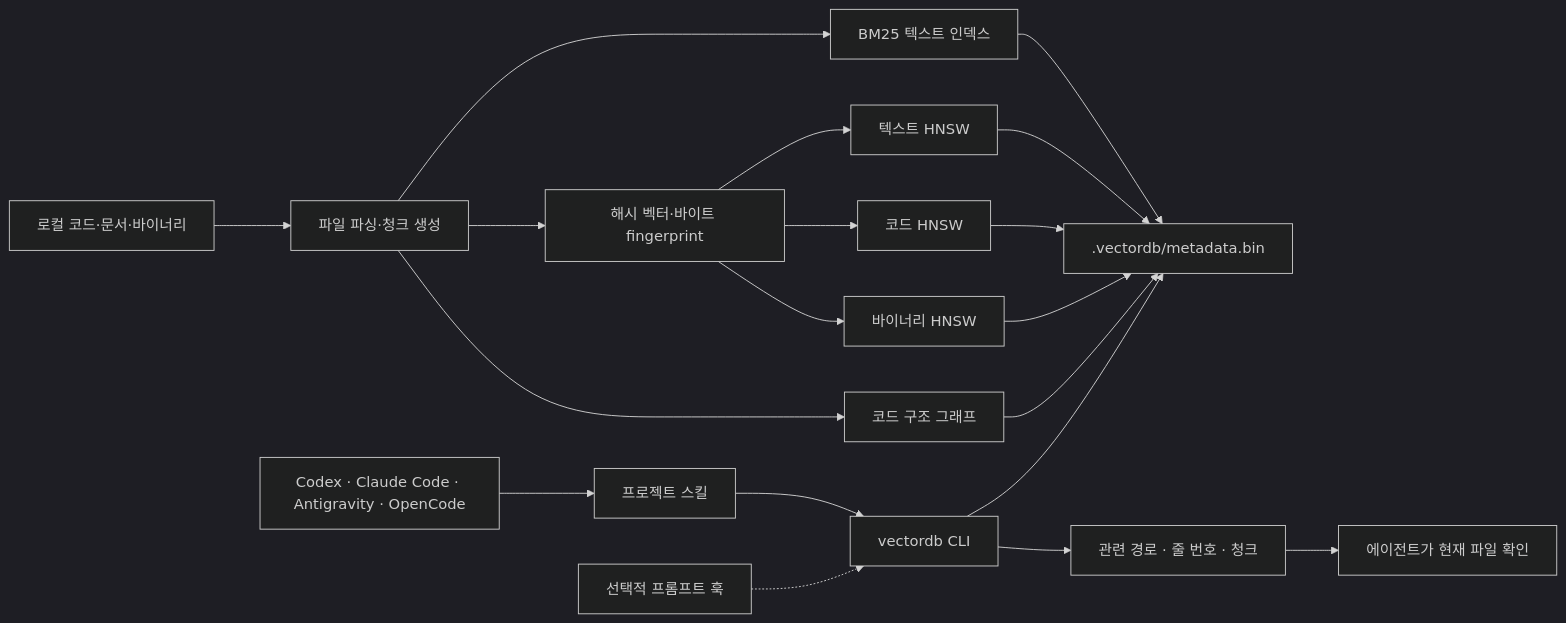
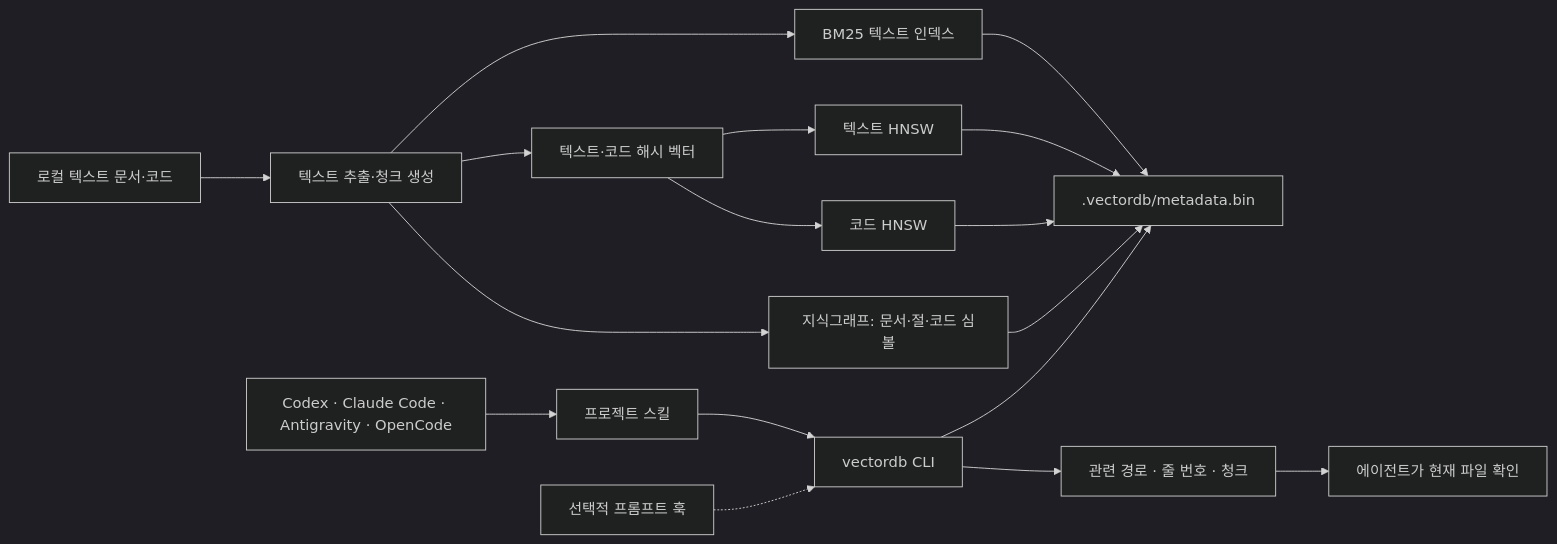
Before and after one commit to CREE1116/VectorDB: the first of 2 diagrams in README.md, drawn with Mermaid (dark theme). The commit also changed other lines of this file and 8 other files, not shown here.

````diff
--- a/README.md
+++ b/README.md
@@ -9,21 +9,19 @@
 ```mermaid
 flowchart LR
-    Files["로컬 코드·문서·바이너리"] --> Parser["파일 파싱·청크 생성"]
+    Files["로컬 텍스트 문서·코드"] --> Parser["텍스트 추출·청크 생성"]
     Parser --> BM25["BM25 텍스트 인덱스"]
-    Parser --> Features["해시 벡터·바이트 fingerprint"]
-    Parser --> Graph["코드 구조 그래프"]
+    Parser --> Features["텍스트·코드 해시 벡터"]
+    Parser --> Graph["지식그래프: 문서·절·코드 심볼"]
     Features --> Text["텍스트 HNSW"]
     Features --> Code["코드 HNSW"]
-    Features --> Binary["바이너리 HNSW"]
     BM25 --> Snapshot[".vectordb/metadata.bin"]
     Text --> Snapshot
     Code --> Snapshot
-    Binary --> Snapshot
     Graph --> Snapshot
     Agent["Codex · Claude Code · Antigravity · OpenCode"] --> Skill["프로젝트 스킬"]
     Skill --> CLI["vectordb CLI"]
     Hook["선택적 프롬프트 훅"] -.-> CLI
     CLI --> Snapshot
     CLI --> Leads["관련 경로 · 줄 번호 · 청크"]
     Leads --> Verify["에이전트가 현재 파일 확인"]
 ```
````
